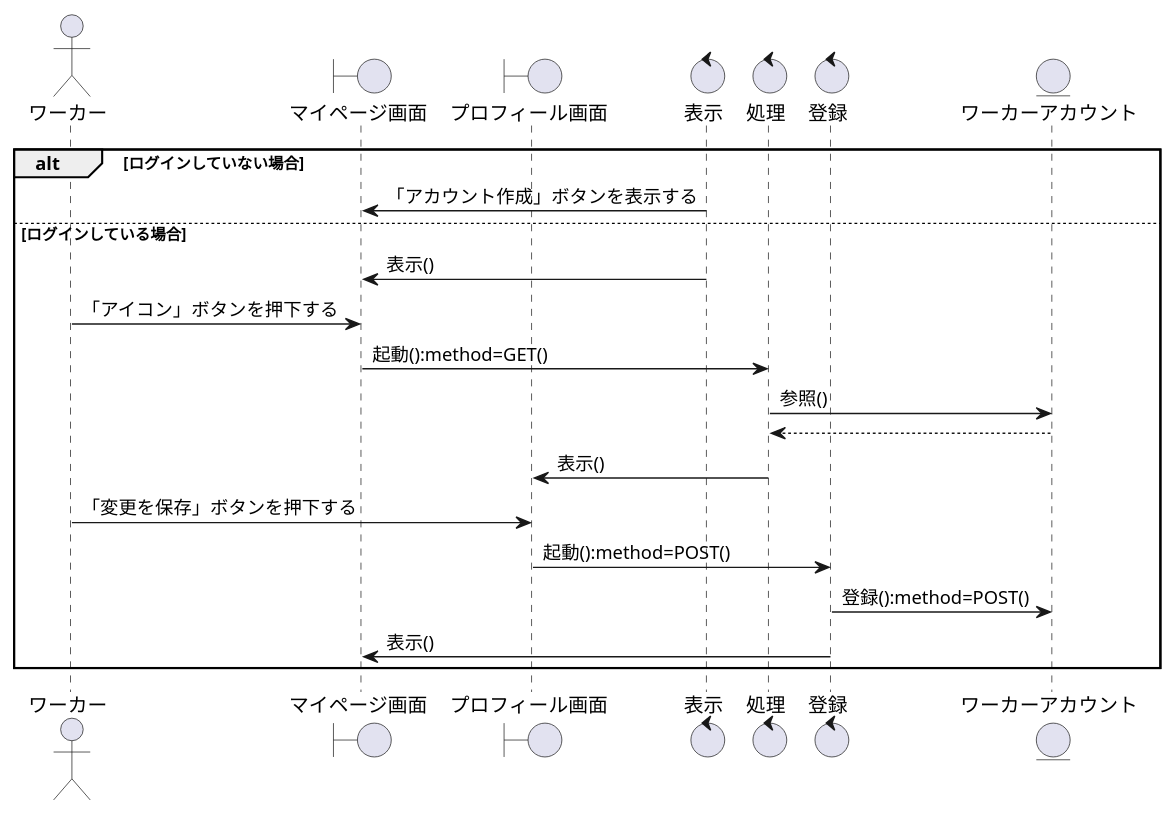
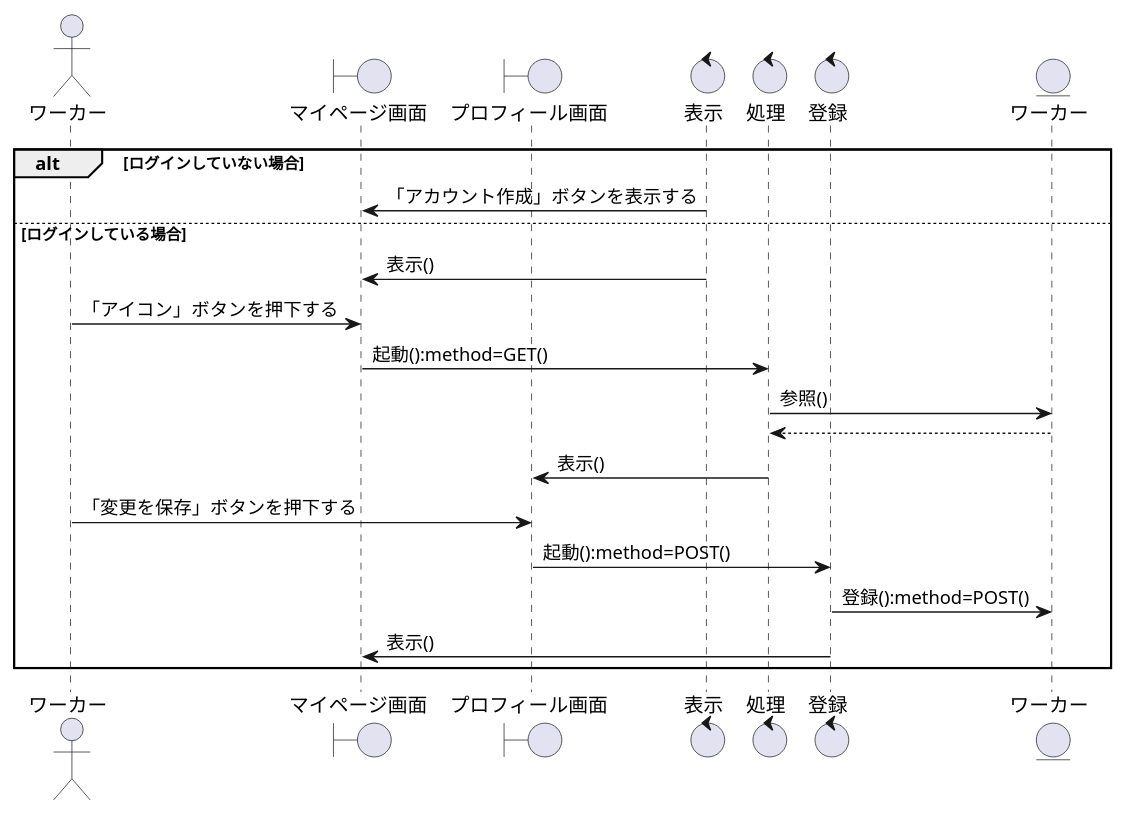
One commit to irukacb256/high_Me changed the diagram in sequence_fig/7_acconts_fn/01_プロフィールの編集をする.pu. Above: the diagram before and after it, drawn with PlantUML. The commit also changed 39 other files, not shown here.

```diff
--- a/sequence_fig/7_acconts_fn/01_プロフィールの編集をする.pu
+++ b/sequence_fig/7_acconts_fn/01_プロフィールの編集をする.pu
@@ -1,31 +1,31 @@
 @startuml プロフィールの編集をする
 
 ' 1
 actor ワーカー as wo1
 
 boundary マイページ画面 as bo1
 boundary プロフィール画面 as bo2
 
 control 表示 as co1
 control 処理 as co2
 control 登録 as co3
 
-entity ワーカーアカウント as en1
+entity ワーカー as en1
 
 alt ログインしていない場合
     co1 -> bo1:「アカウント作成」ボタンを表示する
 
 else ログインしている場合
     co1 -> bo1:表示()
     wo1 -> bo1:「アイコン」ボタンを押下する
     bo1 -> co2:起動():method=GET()
     co2 -> en1:参照()
     en1 --> co2
     co2 -> bo2:表示()
     wo1 -> bo2:「変更を保存」ボタンを押下する
     bo2 -> co3:起動():method=POST()
     co3 -> en1:登録():method=POST()
     co3 -> bo1:表示()
 end
 
 @enduml
```
